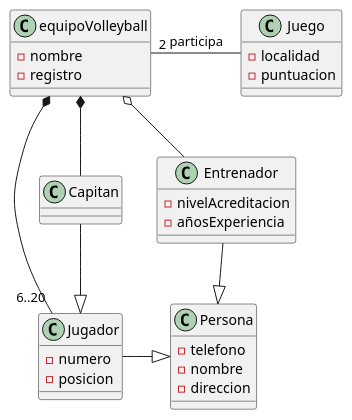
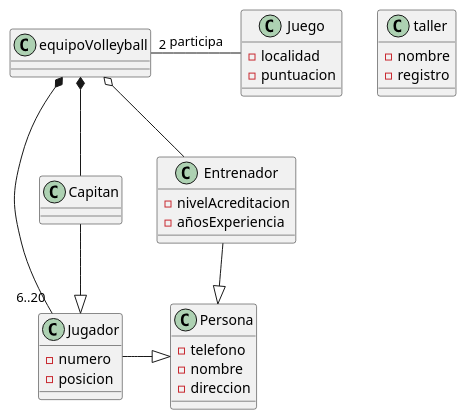
Before and after one commit to Jcova2003/IS-022023: the diagram in docs/diagrams/volleyballTeamUseCaseDiagram.plantuml, drawn with PlantUML. The commit also changed 12 other files, not shown here.

```diff
--- a/docs/diagrams/volleyballTeamUseCaseDiagram.plantuml
+++ b/docs/diagrams/volleyballTeamUseCaseDiagram.plantuml
@@ -1,40 +1,40 @@
-@startuml
+@startuml Volley
 
-Class equipoVolleyball {
+Class taller {
     -nombre
     -registro
 }
 
 Class Jugador {
     -numero
     -posicion
 }
 
 Class Capitan
 
 Class Juego {
     -localidad
     -puntuacion
 }
 
 Class Entrenador {
     -nivelAcreditacion
     -añosExperiencia
 }
 
 Class Persona {
     -telefono
     -nombre
     -direccion
 }
 
 equipoVolleyball *-- "6..20" Jugador
 equipoVolleyball *-- Capitan
 equipoVolleyball o-- Entrenador
 
 Juego -left- "2" equipoVolleyball:participa
 Jugador-right-|>Persona
 Entrenador--|>Persona
 Capitan --|> Jugador
 
 @enduml
```
